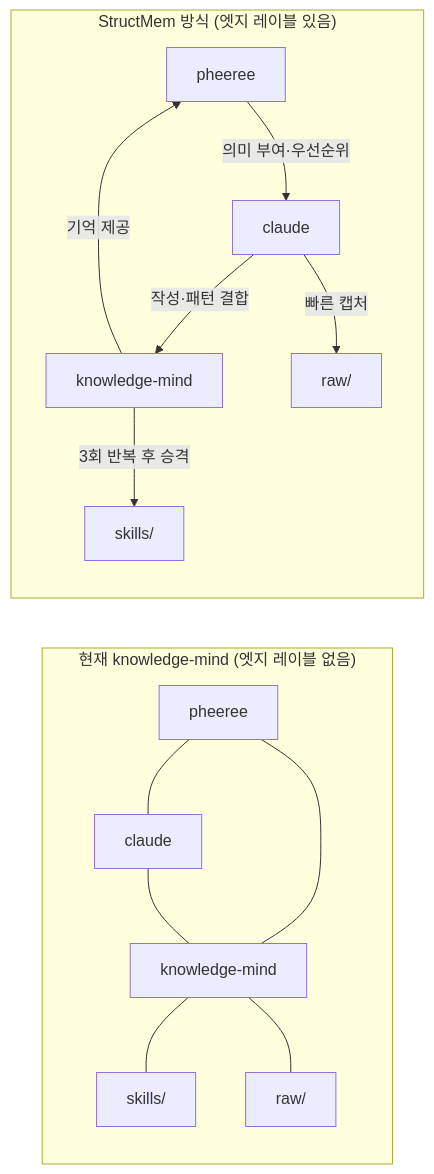
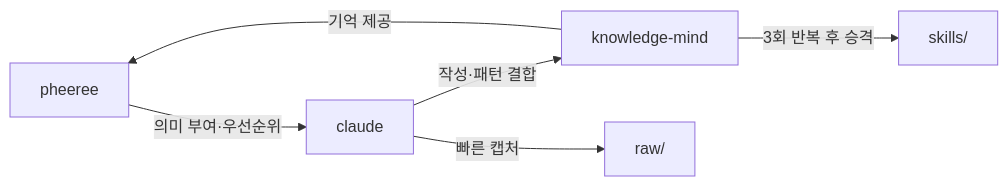
The fifth of 7 diagrams in _posts/2026-04-26-structured-memory-long-horizon.md (pheeree/pheeree.github.io), drawn with Mermaid before and after one commit. The commit also changed other lines of this file and 10 other files, not shown here.

````diff
--- a/_posts/2026-04-26-structured-memory-long-horizon.md
+++ b/_posts/2026-04-26-structured-memory-long-horizon.md
@@ -85,18 +111,8 @@
 ```mermaid
 graph LR
-  subgraph 현재["현재 knowledge-mind (엣지 레이블 없음)"]
-    pheeree --- claude
-    claude --- km["knowledge-mind"]
-    pheeree --- km
-    km --- skill["skills/"]
-    km --- raw["raw/"]
-  end
-
-  subgraph 이상["StructMem 방식 (엣지 레이블 있음)"]
-    pheeree2["pheeree"] -->|"의미 부여·우선순위"| claude2["claude"]
-    claude2 -->|"작성·패턴 결합"| km2["knowledge-mind"]
-    km2 -->|"기억 제공"| pheeree2
-    km2 -->|"3회 반복 후 승격"| skill2["skills/"]
-    claude2 -->|"빠른 캡처"| raw2["raw/"]
-  end
+  pheeree2["pheeree"] -- "의미 부여·우선순위" --> claude2["claude"]
+  claude2 -- "작성·패턴 결합" --> km2["knowledge-mind"]
+  km2 -- "기억 제공" --> pheeree2
+  km2 -- "3회 반복 후 승격" --> skill2["skills/"]
+  claude2 -- "빠른 캡처" --> raw2["raw/"]
 ```
````
